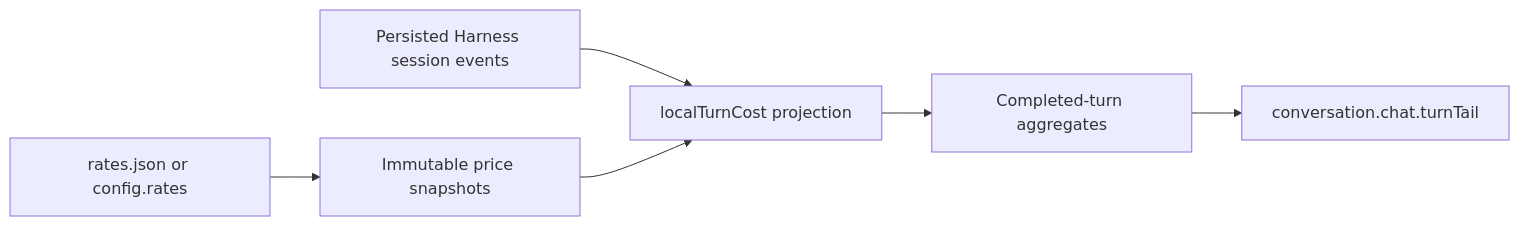
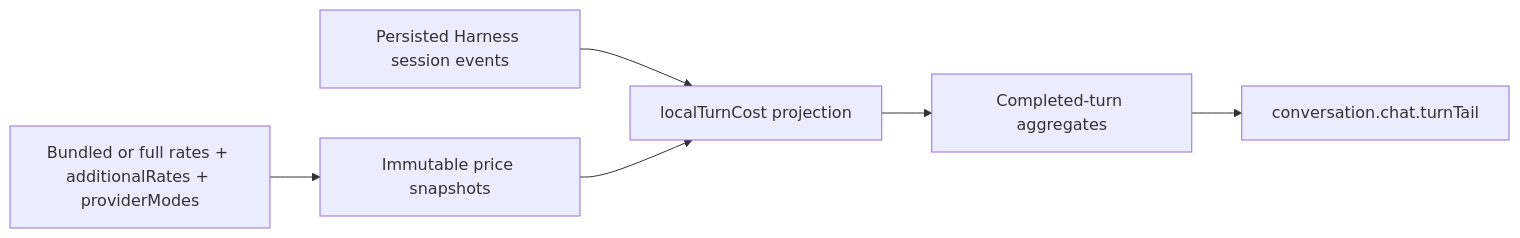
The diagram in docs/architecture.md (luomuwen/deepseek-cost-meter), drawn with Mermaid before and after one commit. The commit also changed other lines of this file and 18 other files, not shown here.

````diff
--- a/docs/architecture.md
+++ b/docs/architecture.md
@@ -3,8 +3,8 @@
 ```mermaid
 flowchart LR
   Events[Persisted Harness session events] --> Projection[localTurnCost projection]
-  Rates[rates.json or config.rates] --> Catalog[Immutable price snapshots]
+  Rates[Bundled or full rates + additionalRates + providerModes] --> Catalog[Immutable price snapshots]
   Catalog --> Projection
   Projection --> View[Completed-turn aggregates]
   View --> Slot[conversation.chat.turnTail]
 ```
````
